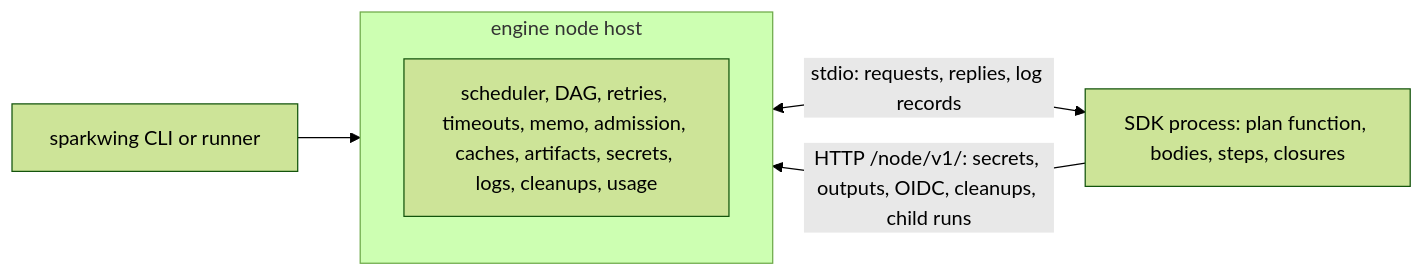
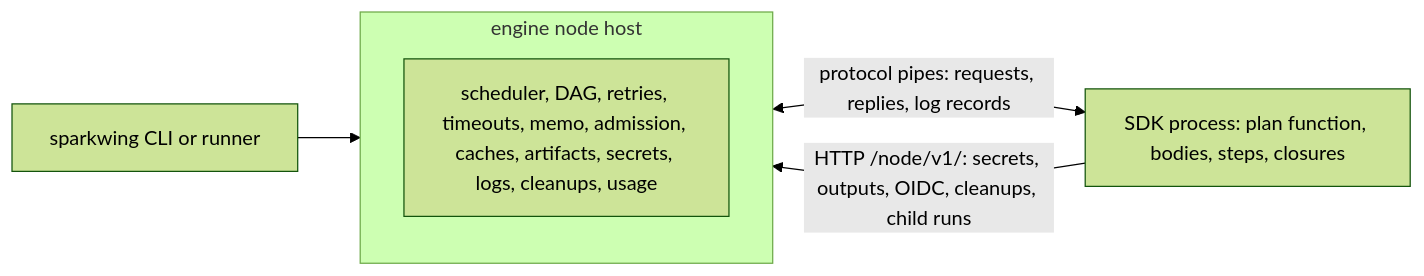
One commit to sparkwing-dev/sparkwing changed the diagram in design/engine-hosted-execution.md. Above: the diagram before and after it, drawn with Mermaid (forest theme). The commit also changed other lines of this file and 7 other files, not shown here.

First line of the commit message:
docs(protocol): carry protocol frames on dedicated pipes, not stdio

````diff
--- a/design/engine-hosted-execution.md
+++ b/design/engine-hosted-execution.md
@@ -7,9 +7,9 @@
 ```mermaid
 flowchart LR
   CLI[sparkwing CLI or runner] --> HOST
   subgraph HOST[engine node host]
     ORCH[scheduler, DAG, retries, timeouts, memo, admission, caches, artifacts, secrets, logs, cleanups, usage]
   end
-  HOST <-->|stdio: requests, replies, log records| SDK[SDK process: plan function, bodies, steps, closures]
+  HOST <-->|protocol pipes: requests, replies, log records| SDK[SDK process: plan function, bodies, steps, closures]
   SDK -->|HTTP /node/v1/: secrets, outputs, OIDC, cleanups, child runs| HOST
 ```
````
